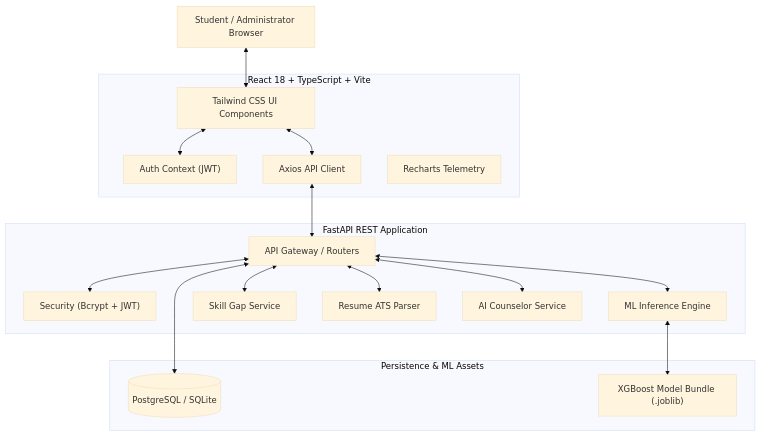
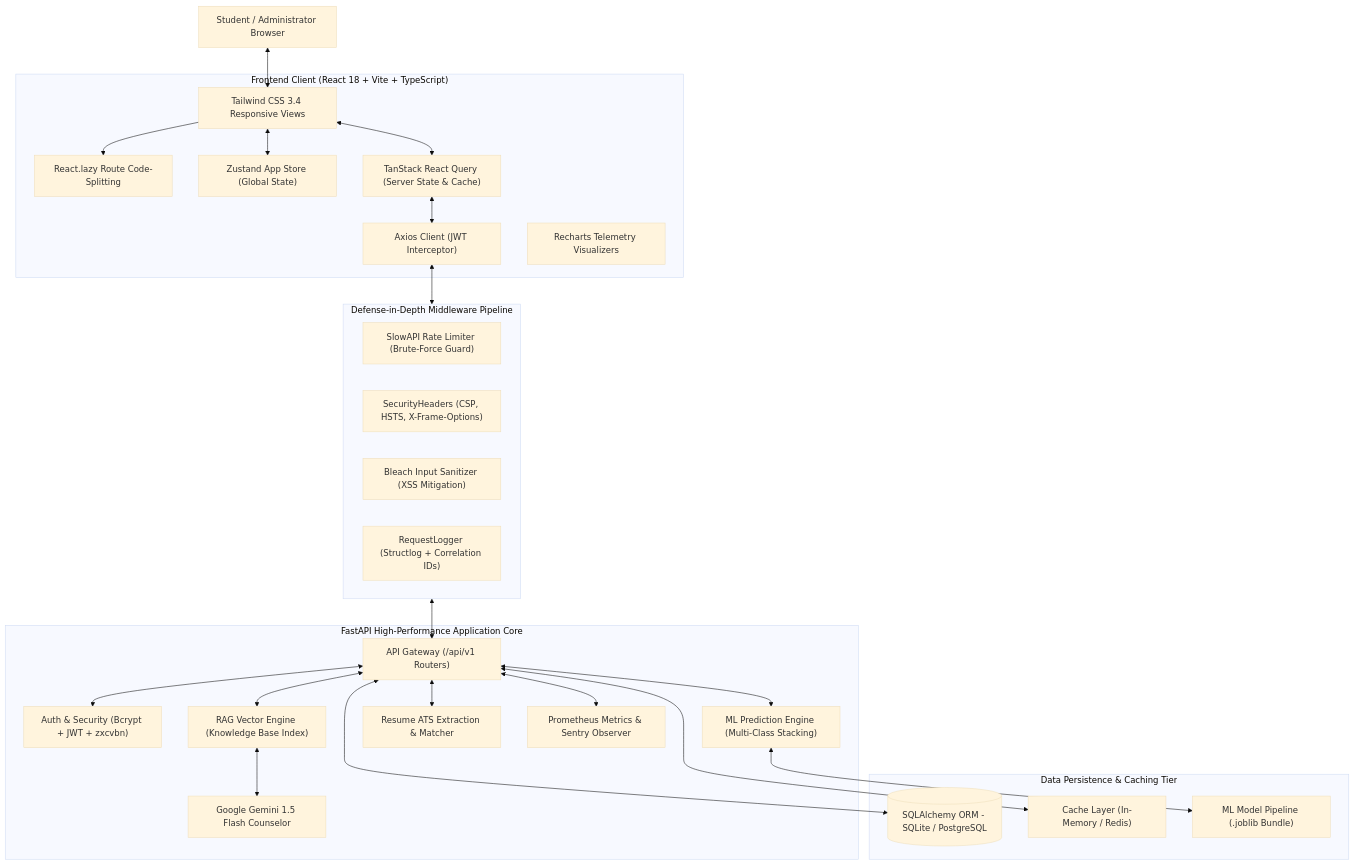
The first of 2 diagrams in README.md (rijughosh01/CareerCompass-AI), drawn with Mermaid (base theme) before and after one commit. The commit also changed other lines of this file, not shown here.

Commit message:
docs: modernize README with professional badges, Mermaid architecture, and complete file tree

````diff
--- a/README.md
+++ b/README.md
@@ -159,37 +162,53 @@
 ```mermaid
 flowchart TD
     User["Student / Administrator Browser"]
     
-    subgraph Frontend["React 18 + TypeScript + Vite"]
-        UI["Tailwind CSS UI Components"]
-        AuthContext["Auth Context (JWT)"]
-        Axios["Axios API Client"]
-        Recharts["Recharts Telemetry"]
+    subgraph Frontend["Frontend Client (React 18 + Vite + TypeScript)"]
+        UI["Tailwind CSS 3.4 Responsive Views"]
+        CodeSplit["React.lazy Route Code-Splitting"]
+        Zustand["Zustand App Store (Global State)"]
+        ReactQuery["TanStack React Query (Server State & Cache)"]
+        Axios["Axios Client (JWT Interceptor)"]
+        Recharts["Recharts Telemetry Visualizers"]
     end
 
-    subgraph Backend["FastAPI REST Application"]
-        Router["API Gateway / Routers"]
-        Security["Security (Bcrypt + JWT)"]
-        MLService["ML Inference Engine"]
-        SkillService["Skill Gap Service"]
-        ResumeService["Resume ATS Parser"]
-        ChatService["AI Counselor Service"]
+    subgraph Middleware["Defense-in-Depth Middleware Pipeline"]
+        Limiter["SlowAPI Rate Limiter (Brute-Force Guard)"]
+        SecHeaders["SecurityHeaders (CSP, HSTS, X-Frame-Options)"]
+        Sanitizer["Bleach Input Sanitizer (XSS Mitigation)"]
+        ReqLog["RequestLogger (Structlog + Correlation IDs)"]
     end
 
-    subgraph Storage["Persistence & ML Assets"]
-        DB[(PostgreSQL / SQLite)]
-        ModelArtifact["XGBoost Model Bundle (.joblib)"]
+    subgraph Backend["FastAPI High-Performance Application Core"]
+        Router["API Gateway (/api/v1 Routers)"]
+        AuthService["Auth & Security (Bcrypt + JWT + zxcvbn)"]
+        MLService["ML Prediction Engine (Multi-Class Stacking)"]
+        RAGService["RAG Vector Engine (Knowledge Base Index)"]
+        GeminiLLM["Google Gemini 1.5 Flash Counselor"]
+        ResumeService["Resume ATS Extraction & Matcher"]
+        Telemetry["Prometheus Metrics & Sentry Observer"]
+    end
+
+    subgraph Storage["Data Persistence & Caching Tier"]
+        DB[(SQLAlchemy ORM - SQLite / PostgreSQL)]
+        CacheLayer["Cache Layer (In-Memory / Redis)"]
+        MLArtifacts["ML Model Pipeline (.joblib Bundle)"]
     end
 
     User <--> UI
-    UI <--> AuthContext
-    UI <--> Axios
-    Axios <--> Router
-    Router <--> Security
+    UI --> CodeSplit
+    UI <--> Zustand
+    UI <--> ReactQuery
+    ReactQuery <--> Axios
+    Axios <--> Middleware
+    Middleware <--> Router
+    Router <--> AuthService
     Router <--> MLService
-    Router <--> SkillService
+    Router <--> RAGService
+    RAGService <--> GeminiLLM
     Router <--> ResumeService
-    Router <--> ChatService
-    MLService <--> ModelArtifact
+    Router <--> Telemetry
+    MLService <--> MLArtifacts
+    Router <--> CacheLayer
     Router <--> DB
 ```
````
